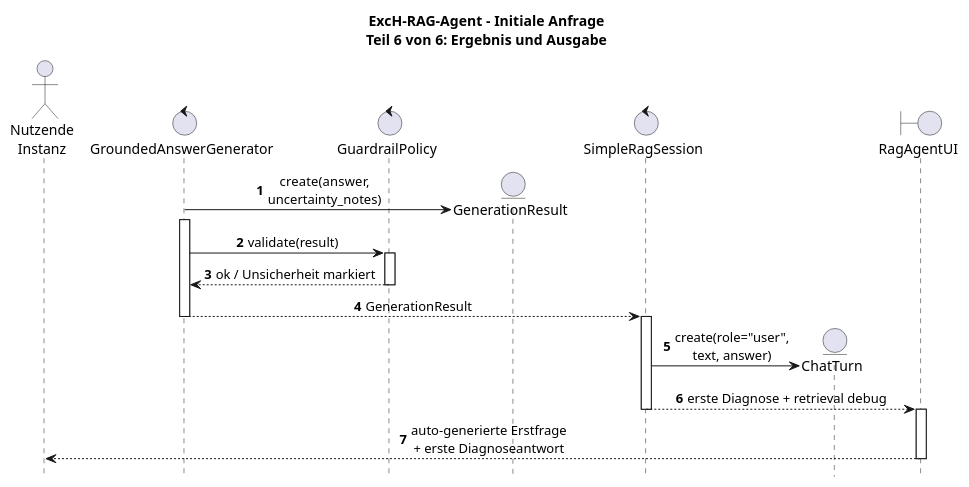
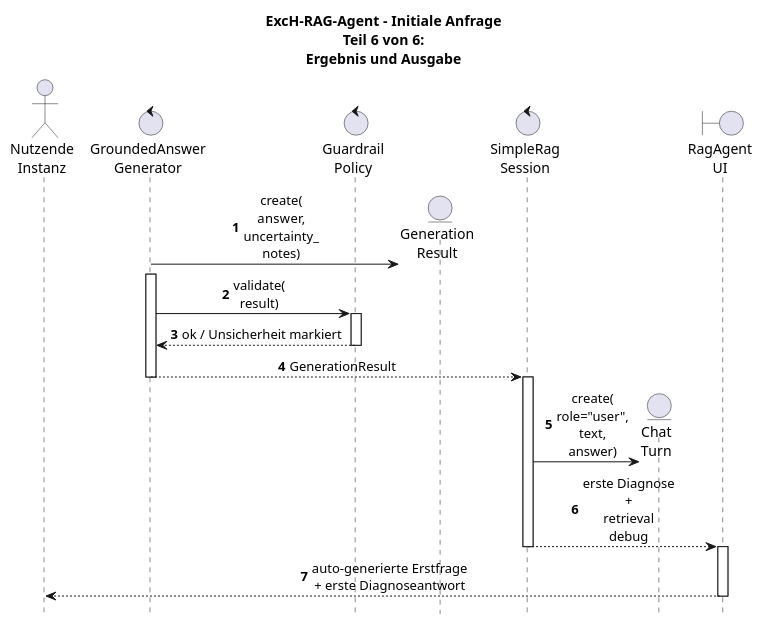
The diagram in UML-Diagrams/ExcH-RAG-Agent/Komponenten_ExcH-RAG-Agent/07f_seq_output.plantuml (verkal1999/Agent_Test), drawn with PlantUML before and after one commit. The commit also changed 38 other files, not shown here.

Commit message:
UML-Diagramme svgs erneuert

```diff
--- a/UML-Diagrams/ExcH-RAG-Agent/Komponenten_ExcH-RAG-Agent/07f_seq_output.plantuml
+++ b/UML-Diagrams/ExcH-RAG-Agent/Komponenten_ExcH-RAG-Agent/07f_seq_output.plantuml
@@ -1,40 +1,40 @@
 @startuml
 
 skinparam shadowing false
 skinparam responseMessageBelowArrow true
 skinparam sequenceMessageAlign center
 hide footbox
 autonumber
 
-title ExcH-RAG-Agent - Initiale Anfrage\nTeil 6 von 6: Ergebnis und Ausgabe
+title ExcH-RAG-Agent - Initiale Anfrage\nTeil 6 von 6:\nErgebnis und Ausgabe
 
 actor "Nutzende\nInstanz" as User
-control "GroundedAnswerGenerator" as Generator
-control "GuardrailPolicy" as Guard
-entity "GenerationResult" as Result
-control "SimpleRagSession" as Session
-entity "ChatTurn" as Turn
-boundary "RagAgentUI" as UI
+control "GroundedAnswer\nGenerator" as Generator
+control "Guardrail\nPolicy" as Guard
+entity "Generation\nResult" as Result
+control "SimpleRag\nSession" as Session
+entity "Chat\nTurn" as Turn
+boundary "RagAgent\nUI" as UI
 
 create Result
-Generator -> Result : create(answer,\nuncertainty_notes)
+Generator -> Result : create(\nanswer,\nuncertainty_\nnotes)
 activate Generator
-Generator -> Guard : validate(result)
+Generator -> Guard : validate(\nresult)
 activate Guard
 Guard --> Generator : ok / Unsicherheit markiert
 deactivate Guard
 
 Generator --> Session : GenerationResult
 deactivate Generator
 activate Session
 
 create Turn
-Session -> Turn : create(role="user",\ntext, answer)
-Session --> UI : erste Diagnose + retrieval debug
+Session -> Turn : create(\nrole="user",\ntext,\nanswer)
+Session --> UI : erste Diagnose\n+\nretrieval\ndebug
 deactivate Session
 activate UI
 
 UI --> User : auto-generierte Erstfrage\n+ erste Diagnoseantwort
 deactivate UI
 
 @enduml
```
